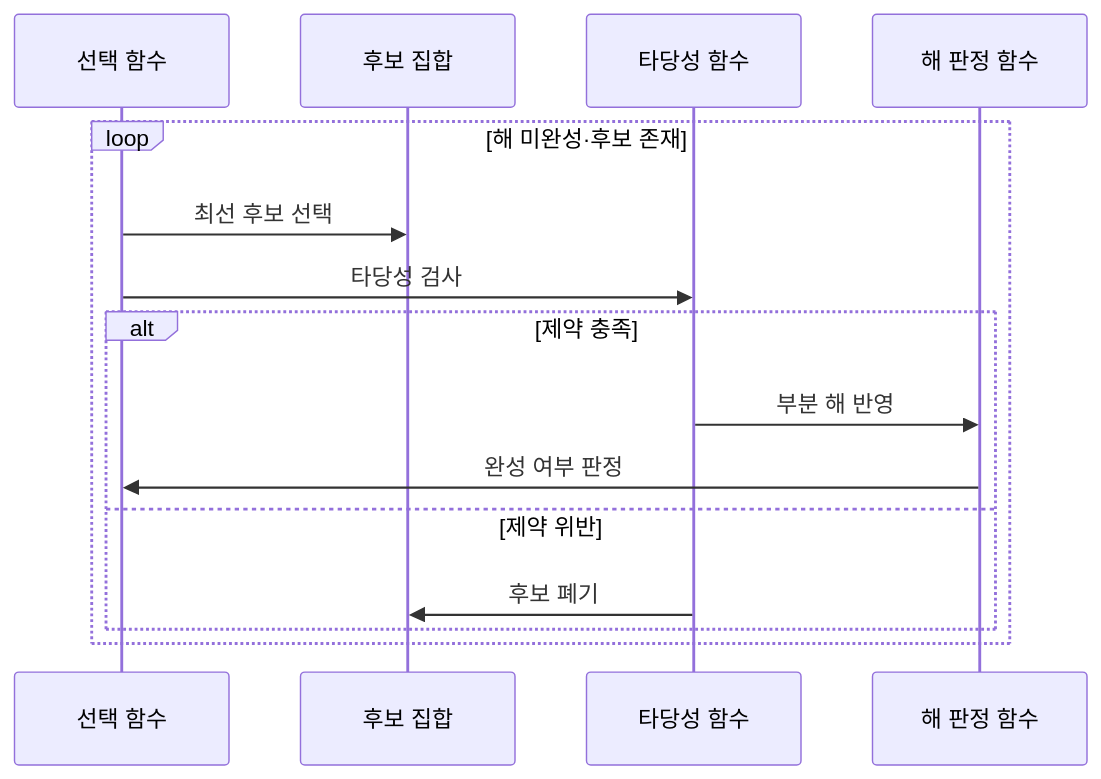
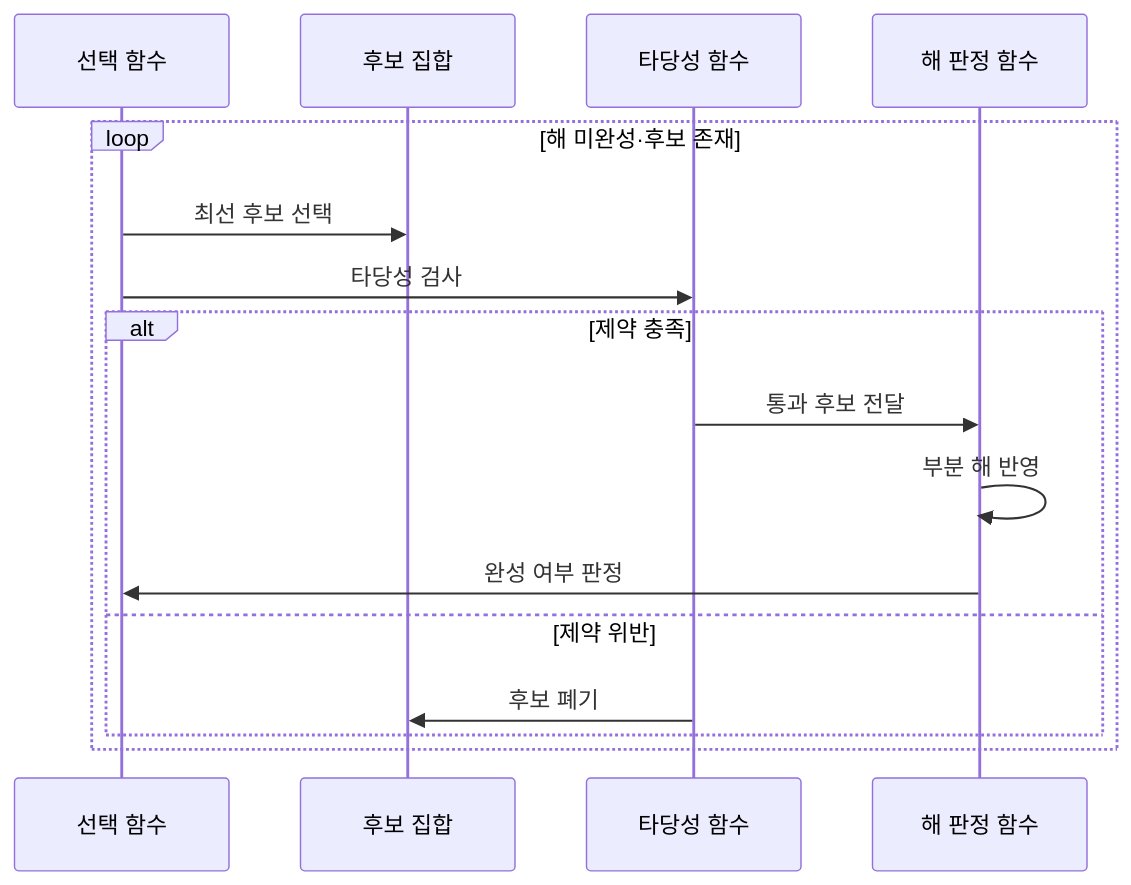
The diagram in src/content/docs/notes/01-basic-theory/015_greedy_algorithm.md (agnusdei1207/knowledge-base), drawn with Mermaid before and after one commit. The commit also changed other lines of this file and 27 other files, not shown here.

````diff
--- a/src/content/docs/notes/01-basic-theory/015_greedy_algorithm.md
+++ b/src/content/docs/notes/01-basic-theory/015_greedy_algorithm.md
@@ -82,17 +82,18 @@
 ```mermaid
 sequenceDiagram
     participant S as 선택 함수
     participant C as 후보 집합
     participant F as 타당성 함수
     participant P as 해 판정 함수
     loop 해 미완성·후보 존재
         S->>C: 최선 후보 선택
         S->>F: 타당성 검사
         alt 제약 충족
-            F->>P: 부분 해 반영
+            F->>P: 통과 후보 전달
+            P->>P: 부분 해 반영
             P->>S: 완성 여부 판정
         else 제약 위반
             F->>C: 후보 폐기
         end
     end
 ```
````
